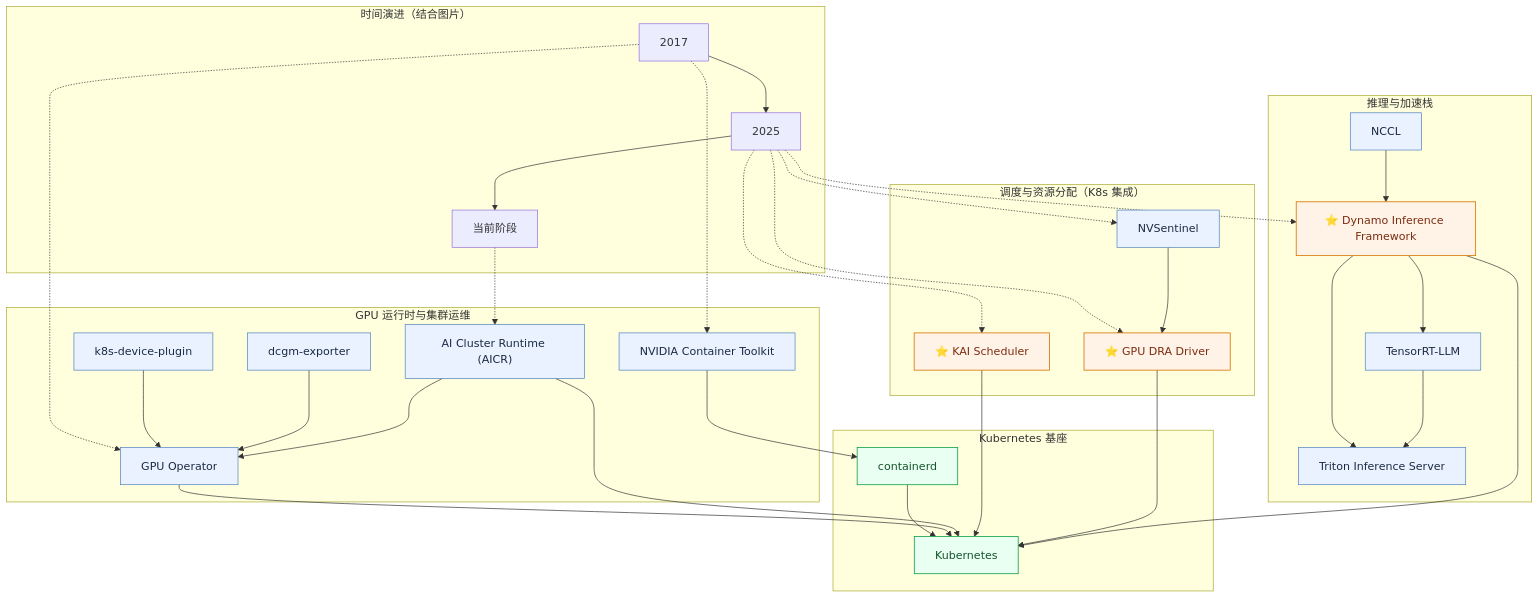
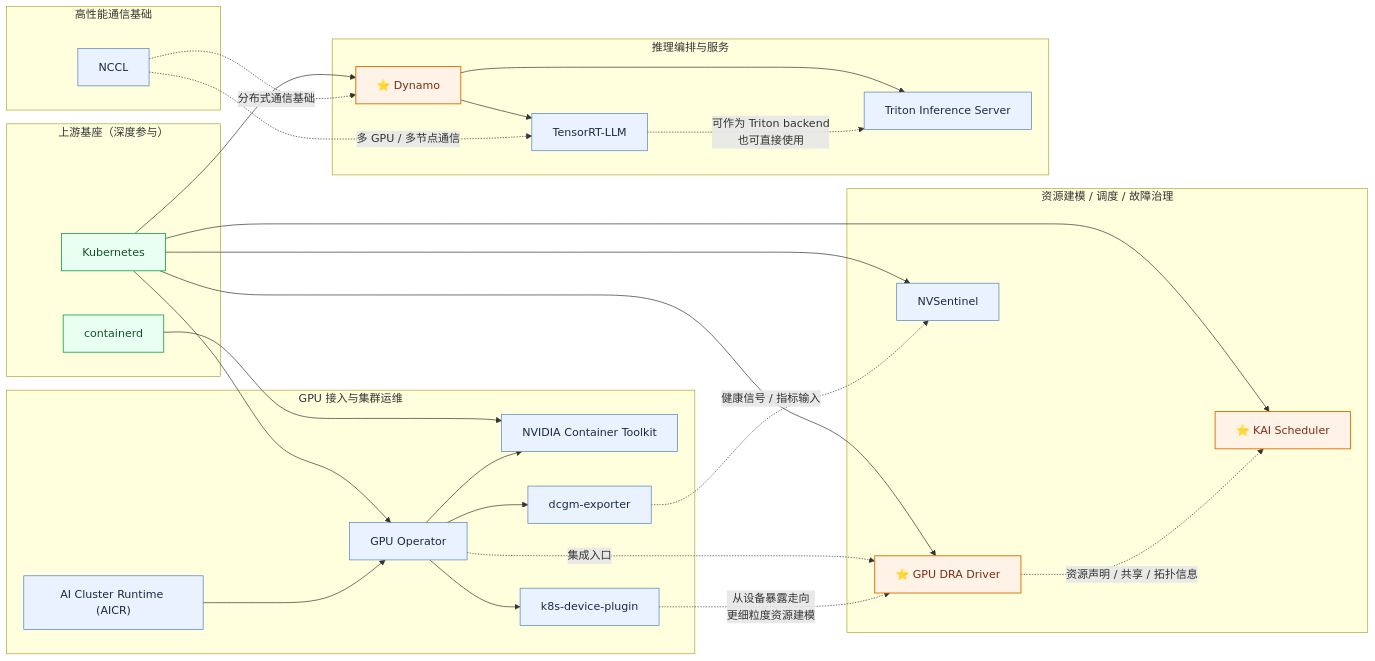
The diagram in case-study/nvidia.md (pacoxu/AI-Infra), drawn with Mermaid before and after one commit.

Commit message:
docs(case-study): refine nvidia panorama architecture relations

````diff
--- a/case-study/nvidia.md
+++ b/case-study/nvidia.md
@@ -10,73 +10,68 @@
 ```mermaid
-flowchart TB
-  subgraph TL["时间演进（结合图片）"]
-    T2017["2017"]
-    T2025["2025"]
-    TNOW["当前阶段"]
-    T2017 --> T2025 --> TNOW
-  end
-
-  subgraph BASE["Kubernetes 基座"]
+flowchart LR
+  subgraph UP["上游基座（深度参与）"]
     K8S["Kubernetes"]
     CTD["containerd"]
   end
 
-  subgraph RUNTIME["GPU 运行时与集群运维"]
+  subgraph OPS["GPU 接入与集群运维"]
+    GPO["GPU Operator"]
     CTK["NVIDIA Container Toolkit"]
-    GPO["GPU Operator"]
     KDP["k8s-device-plugin"]
     DCGM["dcgm-exporter"]
     AICR["AI Cluster Runtime (AICR)"]
   end
 
-  subgraph SCHED["调度与资源分配（K8s 集成）"]
+  subgraph RES["资源建模 / 调度 / 故障治理"]
+    DRA["⭐ GPU DRA Driver"]
     KAI["⭐ KAI Scheduler"]
-    DRA["⭐ GPU DRA Driver"]
     NVS["NVSentinel"]
   end
 
-  subgraph INFER["推理与加速栈"]
-    DYN["⭐ Dynamo Inference Framework"]
+  subgraph SERVE["推理编排与服务"]
+    DYN["⭐ Dynamo"]
     TRT["TensorRT-LLM"]
     TRITON["Triton Inference Server"]
+  end
+
+  subgraph COMM["高性能通信基础"]
     NCCL["NCCL"]
   end
 
-  %% timeline mapping
-  T2017 -.-> CTK
-  T2017 -.-> GPO
-  T2025 -.-> KAI
-  T2025 -.-> DYN
-  T2025 -.-> NVS
-  T2025 -.-> DRA
-  TNOW -.-> AICR
+  %% foundation
+  K8S --> GPO
+  K8S --> DRA
+  K8S --> KAI
+  K8S --> NVS
+  K8S --> DYN
+  CTD --> CTK
 
-  %% base relations
-  CTD --> K8S
-  CTK --> CTD
-  GPO --> K8S
-  KDP --> GPO
-  DCGM --> GPO
+  %% ops layer
+  GPO --> CTK
+  GPO --> KDP
+  GPO --> DCGM
   AICR --> GPO
-  AICR --> K8S
+  GPO -. "集成入口" .-> DRA
 
-  %% scheduler/resource
-  KAI --> K8S
-  DRA --> K8S
-  NVS --> DRA
+  %% resource / scheduling / remediation
+  KDP -. "从设备暴露走向\n更细粒度资源建模" .-> DRA
+  DRA -. "资源声明 / 共享 / 拓扑信息" .-> KAI
+  DCGM -. "健康信号 / 指标输入" .-> NVS
 
-  %% inference stack
+  %% serving
+  DYN --> TRT
   DYN --> TRITON
-  DYN --> TRT
-  DYN --> K8S
-  NCCL --> DYN
-  TRT --> TRITON
+  TRT -. "可作为 Triton backend\n也可直接使用" .-> TRITON
 
-  classDef star fill:#fff2e6,stroke:#d97706,color:#7c2d12,stroke-width:1.2px;
+  %% comms
+  NCCL -. "多 GPU / 多节点通信" .-> TRT
+  NCCL -. "分布式通信基础" .-> DYN
+
+  classDef star fill:#fff2e6,stroke:#d97706,color:#7c2d12,stroke-width:1.4px;
   classDef normal fill:#eaf2ff,stroke:#4f81bd,color:#1b2a41,stroke-width:1px;
   classDef base fill:#e8fff1,stroke:#16a34a,color:#14532d,stroke-width:1.2px;
 
   class KAI,DRA,DYN star;
-  class CTK,GPO,KDP,DCGM,AICR,NVS,TRT,TRITON,NCCL normal;
+  class GPO,CTK,KDP,DCGM,AICR,NVS,TRT,TRITON,NCCL normal;
   class K8S,CTD base;
 ```
````
